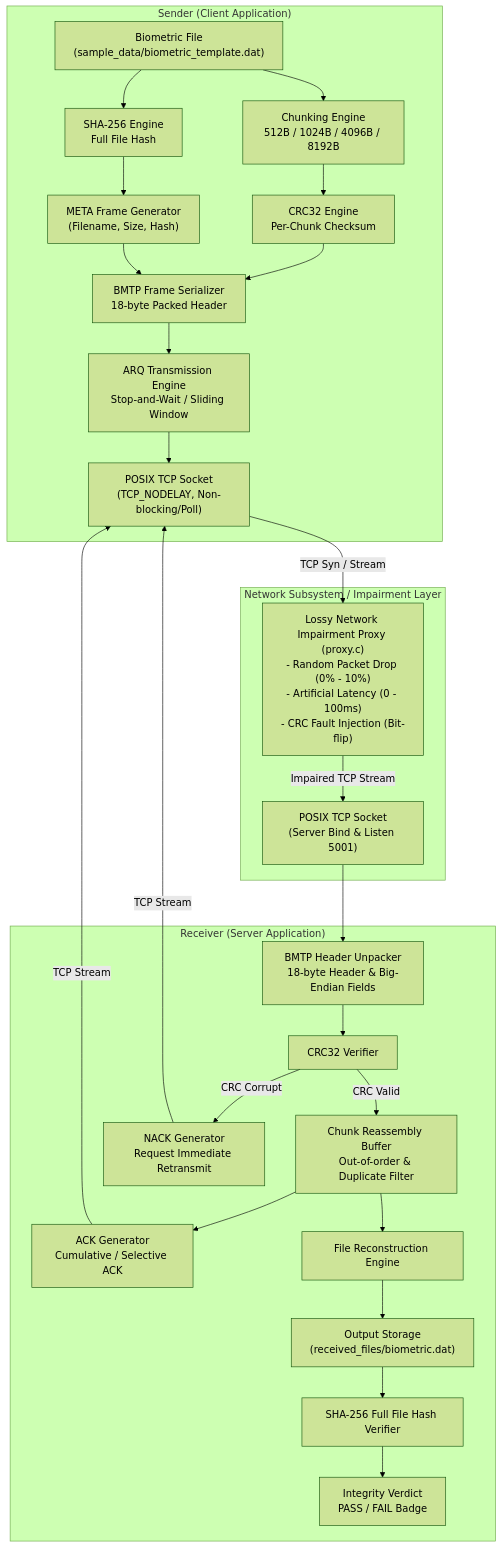
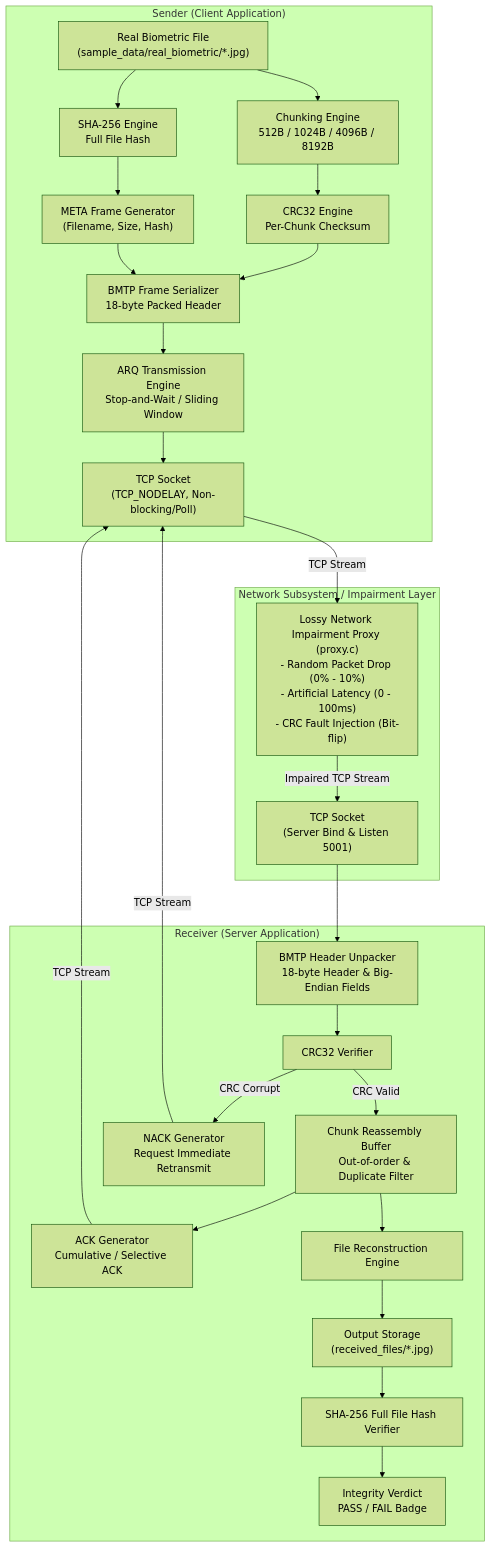
Before and after one commit to prasanth0406/Biometric_UDP_project: the diagram in docs/architecture.mmd, drawn with Mermaid (forest theme). The commit also changed 24 other files, not shown here.

```diff
--- a/docs/architecture.mmd
+++ b/docs/architecture.mmd
@@ -1,31 +1,31 @@
 flowchart TD
     subgraph SENDER_SIDE ["Sender (Client Application)"]
-        BF["Biometric File<br/>(sample_data/biometric_template.dat)"] --> SHA_S["SHA-256 Engine<br/>Full File Hash"]
+        BF["Real Biometric File<br/>(sample_data/real_biometric/*.jpg)"] --> SHA_S["SHA-256 Engine<br/>Full File Hash"]
         BF --> CHK["Chunking Engine<br/>512B / 1024B / 4096B / 8192B"]
         CHK --> CRC_S["CRC32 Engine<br/>Per-Chunk Checksum"]
         CRC_S --> FRM_S["BMTP Frame Serializer<br/>18-byte Packed Header"]
         SHA_S --> META["META Frame Generator<br/>(Filename, Size, Hash)"]
         META --> FRM_S
         FRM_S --> ARQ_S["ARQ Transmission Engine<br/>Stop-and-Wait / Sliding Window"]
-        ARQ_S --> SOCK_S["POSIX TCP Socket<br/>(TCP_NODELAY, Non-blocking/Poll)"]
+        ARQ_S --> SOCK_S["TCP Socket<br/>(TCP_NODELAY, Non-blocking/Poll)"]
     end
 
     subgraph NETWORK_CHANNEL ["Network Subsystem / Impairment Layer"]
-        SOCK_S -->|TCP Syn / Stream| PROXY["Lossy Network Impairment Proxy (proxy.c)<br/>- Random Packet Drop (0% - 10%)<br/>- Artificial Latency (0 - 100ms)<br/>- CRC Fault Injection (Bit-flip)"]
-        PROXY -->|Impaired TCP Stream| SOCK_R["POSIX TCP Socket<br/>(Server Bind & Listen 5001)"]
+        SOCK_S -->|TCP Stream| PROXY["Lossy Network Impairment Proxy (proxy.c)<br/>- Random Packet Drop (0% - 10%)<br/>- Artificial Latency (0 - 100ms)<br/>- CRC Fault Injection (Bit-flip)"]
+        PROXY -->|Impaired TCP Stream| SOCK_R["TCP Socket<br/>(Server Bind & Listen 5001)"]
     end
 
     subgraph RECEIVER_SIDE ["Receiver (Server Application)"]
         SOCK_R --> UNPACK["BMTP Header Unpacker<br/>18-byte Header & Big-Endian Fields"]
         UNPACK --> CRC_R["CRC32 Verifier"]
         CRC_R -->|CRC Valid| BUF["Chunk Reassembly Buffer<br/>Out-of-order & Duplicate Filter"]
         CRC_R -->|CRC Corrupt| NACK["NACK Generator<br/>Request Immediate Retransmit"]
         BUF --> ACK["ACK Generator<br/>Cumulative / Selective ACK"]
         BUF --> RECON["File Reconstruction Engine"]
-        RECON --> DISK["Output Storage<br/>(received_files/biometric.dat)"]
+        RECON --> DISK["Output Storage<br/>(received_files/*.jpg)"]
         DISK --> SHA_R["SHA-256 Full File Hash Verifier"]
         SHA_R --> STATUS["Integrity Verdict<br/>PASS / FAIL Badge"]
     end
 
     ACK -->|TCP Stream| SOCK_S
     NACK -->|TCP Stream| SOCK_S
```
